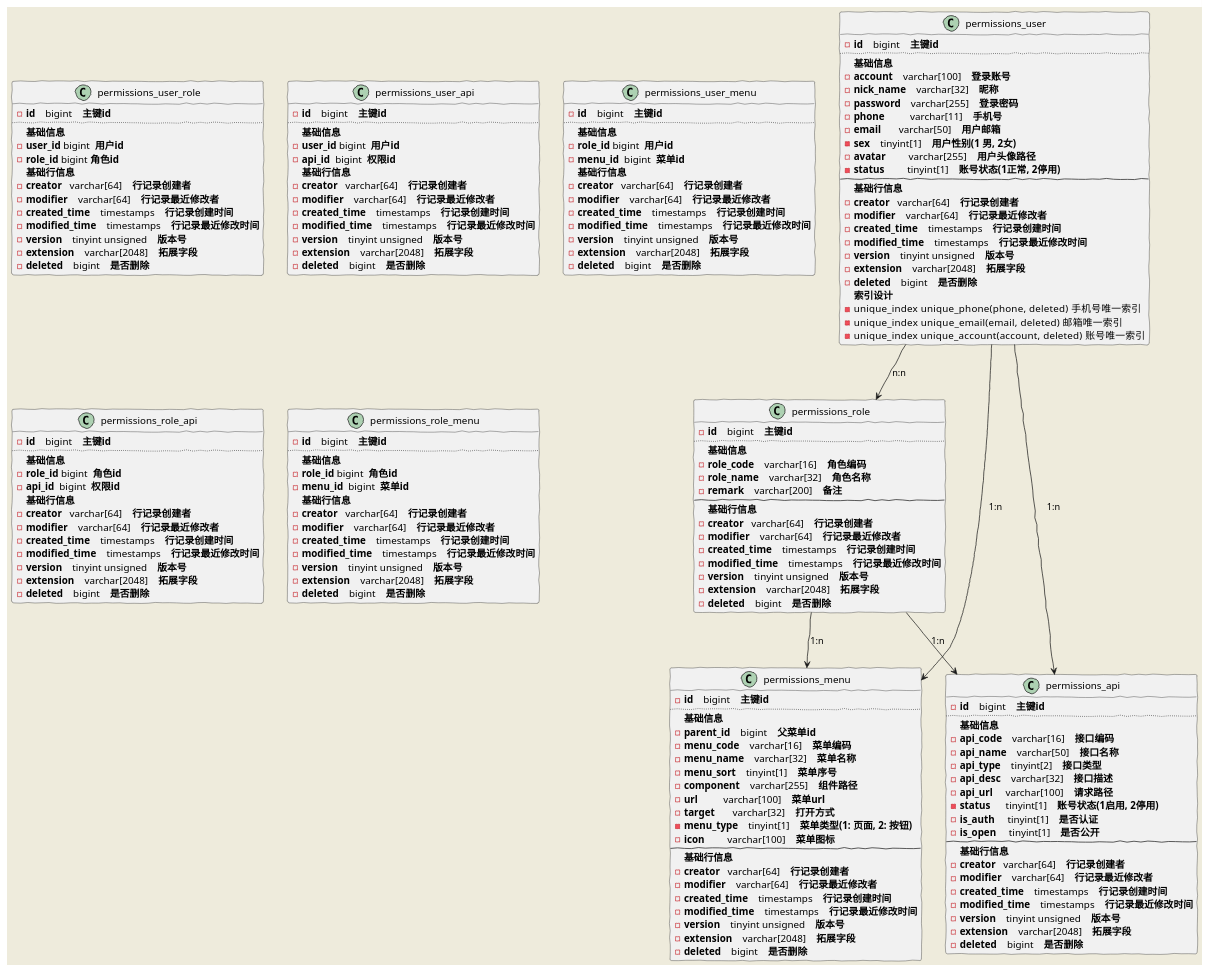
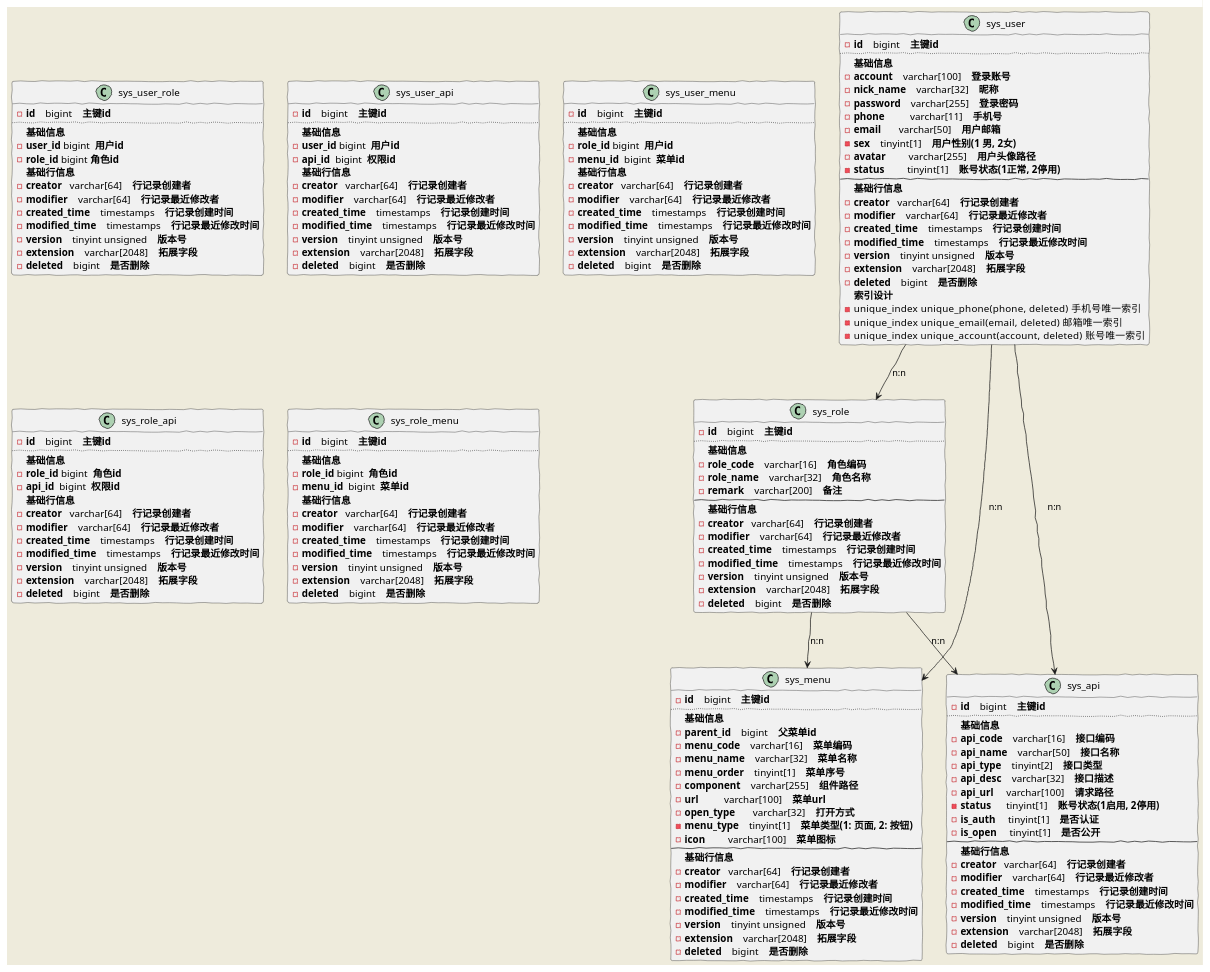
Before and after one commit to Forever1996Fyk/permissions-center: the diagram in doc/权限表结构图.puml, drawn with PlantUML. The commit also changed 1 other file, not shown here.

```diff
--- a/doc/权限表结构图.puml
+++ b/doc/权限表结构图.puml
@@ -1,187 +1,187 @@
 @startuml
 skinparam handwritten true
 skinparam backgroundColor #EEEBDC
 skinparam actorStyle hollow
 
-class permissions_role{
+class sys_role{
     - **id**    bigint    **主键id**
     ..
      **基础信息**
         - **role_code**    varchar[16]    **角色编码**
         - **role_name**    varchar[32]    **角色名称**
         - **remark**    varchar[200]    **备注**
     --
     **基础行信息**
         - **creator**   varchar[64]    **行记录创建者**
         - **modifier**    varchar[64]    **行记录最近修改者**
         - **created_time**    timestamps    **行记录创建时间**
         - **modified_time**    timestamps    **行记录最近修改时间**
         - **version**    tinyint unsigned    **版本号**
         - **extension**    varchar[2048]    **拓展字段**
         - **deleted**    bigint    **是否删除**
 }
 
-class permissions_menu {
+class sys_menu {
     - **id**    bigint    **主键id**
     ..
      **基础信息**
         - **parent_id**    bigint    **父菜单id**
         - **menu_code**    varchar[16]    **菜单编码**
         - **menu_name**    varchar[32]    **菜单名称**
-        - **menu_sort**    tinyint[1]    **菜单序号**
+        - **menu_order**    tinyint[1]    **菜单序号**
         - **component**    varchar[255]    **组件路径**
         - **url**          varchar[100]    **菜单url**
-        - **target**       varchar[32]    **打开方式**
+        - **open_type**       varchar[32]    **打开方式**
         - **menu_type**    tinyint[1]    **菜单类型(1: 页面, 2: 按钮)**
         - **icon**         varchar[100]    **菜单图标**
     --
     **基础行信息**
         - **creator**   varchar[64]    **行记录创建者**
         - **modifier**    varchar[64]    **行记录最近修改者**
         - **created_time**    timestamps    **行记录创建时间**
         - **modified_time**    timestamps    **行记录最近修改时间**
         - **version**    tinyint unsigned    **版本号**
         - **extension**    varchar[2048]    **拓展字段**
         - **deleted**    bigint    **是否删除**
 }
 
-class permissions_user {
+class sys_user {
     - **id**    bigint    **主键id**
     ..
      **基础信息**
         - **account**    varchar[100]    **登录账号**
         - **nick_name**    varchar[32]    **昵称**
         - **password**    varchar[255]    **登录密码**
         - **phone**          varchar[11]    **手机号**
         - **email**       varchar[50]    **用户邮箱**
         - **sex**    tinyint[1]    **用户性别(1 男, 2女)**
         - **avatar**         varchar[255]    **用户头像路径**
         - **status**         tinyint[1]    **账号状态(1正常, 2停用)**
     --
     **基础行信息**
         - **creator**   varchar[64]    **行记录创建者**
         - **modifier**    varchar[64]    **行记录最近修改者**
         - **created_time**    timestamps    **行记录创建时间**
         - **modified_time**    timestamps    **行记录最近修改时间**
         - **version**    tinyint unsigned    **版本号**
         - **extension**    varchar[2048]    **拓展字段**
         - **deleted**    bigint    **是否删除**
     **索引设计**
         - unique_index  unique_phone(phone, deleted)    手机号唯一索引
         - unique_index  unique_email(email, deleted)    邮箱唯一索引
         - unique_index  unique_account(account, deleted)    账号唯一索引
 }
 
-class permissions_api {
+class sys_api {
     - **id**    bigint    **主键id**
     ..
      **基础信息**
         - **api_code**    varchar[16]    **接口编码**
         - **api_name**    varchar[50]    **接口名称**
         - **api_type**    tinyint[2]    **接口类型**
         - **api_desc**    varchar[32]    **接口描述**
         - **api_url**     varchar[100]    **请求路径**
         - **status**      tinyint[1]    **账号状态(1启用, 2停用)**
         - **is_auth**     tinyint[1]    **是否认证**
         - **is_open**     tinyint[1]    **是否公开**
     --
     **基础行信息**
         - **creator**   varchar[64]    **行记录创建者**
         - **modifier**    varchar[64]    **行记录最近修改者**
         - **created_time**    timestamps    **行记录创建时间**
         - **modified_time**    timestamps    **行记录最近修改时间**
         - **version**    tinyint unsigned    **版本号**
         - **extension**    varchar[2048]    **拓展字段**
         - **deleted**    bigint    **是否删除**
 }
 
-class permissions_user_role {
+class sys_user_role {
     - **id**    bigint    **主键id**
     ..
     **基础信息**
         - **user_id** bigint  **用户id**
         - **role_id** bigint **角色id**
     **基础行信息**
         - **creator**   varchar[64]    **行记录创建者**
         - **modifier**    varchar[64]    **行记录最近修改者**
         - **created_time**    timestamps    **行记录创建时间**
         - **modified_time**    timestamps    **行记录最近修改时间**
         - **version**    tinyint unsigned    **版本号**
         - **extension**    varchar[2048]    **拓展字段**
         - **deleted**    bigint    **是否删除**
 }
 
-class permissions_user_api {
+class sys_user_api {
     - **id**    bigint    **主键id**
     ..
     **基础信息**
         - **user_id** bigint  **用户id**
         - **api_id**  bigint  **权限id**
     **基础行信息**
         - **creator**   varchar[64]    **行记录创建者**
         - **modifier**    varchar[64]    **行记录最近修改者**
         - **created_time**    timestamps    **行记录创建时间**
         - **modified_time**    timestamps    **行记录最近修改时间**
         - **version**    tinyint unsigned    **版本号**
         - **extension**    varchar[2048]    **拓展字段**
         - **deleted**    bigint    **是否删除**
 }
 
-class permissions_user_menu {
+class sys_user_menu {
     - **id**    bigint    **主键id**
     ..
     **基础信息**
         - **role_id** bigint  **用户id**
         - **menu_id**  bigint  **菜单id**
     **基础行信息**
         - **creator**   varchar[64]    **行记录创建者**
         - **modifier**    varchar[64]    **行记录最近修改者**
         - **created_time**    timestamps    **行记录创建时间**
         - **modified_time**    timestamps    **行记录最近修改时间**
         - **version**    tinyint unsigned    **版本号**
         - **extension**    varchar[2048]    **拓展字段**
         - **deleted**    bigint    **是否删除**
 }
 
-class permissions_role_api {
+class sys_role_api {
     - **id**    bigint    **主键id**
     ..
     **基础信息**
         - **role_id** bigint  **角色id**
         - **api_id**  bigint  **权限id**
     **基础行信息**
         - **creator**   varchar[64]    **行记录创建者**
         - **modifier**    varchar[64]    **行记录最近修改者**
         - **created_time**    timestamps    **行记录创建时间**
         - **modified_time**    timestamps    **行记录最近修改时间**
         - **version**    tinyint unsigned    **版本号**
         - **extension**    varchar[2048]    **拓展字段**
         - **deleted**    bigint    **是否删除**
 }
 
-class permissions_role_menu {
+class sys_role_menu {
     - **id**    bigint    **主键id**
     ..
     **基础信息**
         - **role_id** bigint  **角色id**
         - **menu_id**  bigint  **菜单id**
     **基础行信息**
         - **creator**   varchar[64]    **行记录创建者**
         - **modifier**    varchar[64]    **行记录最近修改者**
         - **created_time**    timestamps    **行记录创建时间**
         - **modified_time**    timestamps    **行记录最近修改时间**
         - **version**    tinyint unsigned    **版本号**
         - **extension**    varchar[2048]    **拓展字段**
         - **deleted**    bigint    **是否删除**
 }
 
-permissions_user --> permissions_api : 1:n
+sys_user --> sys_api : n:n
 
-permissions_user --> permissions_menu : 1:n
+sys_user --> sys_menu : n:n
 
-permissions_user --> permissions_role : n:n
+sys_user --> sys_role : n:n
 
-permissions_role --> permissions_menu : 1:n
+sys_role --> sys_menu : n:n
 
-permissions_role --> permissions_api : 1:n
+sys_role --> sys_api : n:n
 @enduml
```
